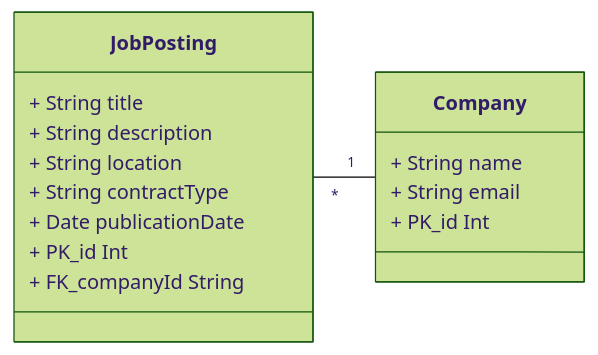
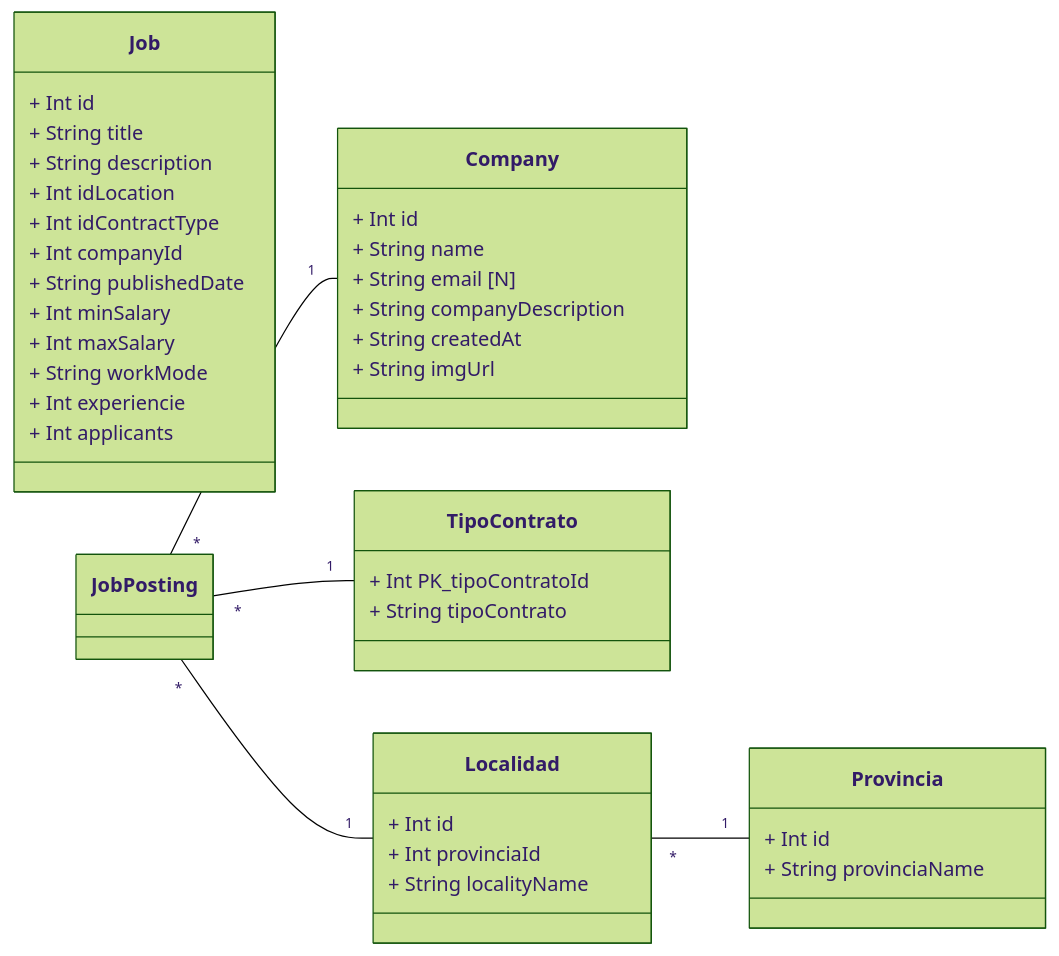
Before and after one commit to genarossi19/avisos-empleo-back: the diagram in ClassDiagram.mmd, drawn with Mermaid (forest theme).

Commit message:
cambios en el diagrama

```diff
--- a/ClassDiagram.mmd
+++ b/ClassDiagram.mmd
@@ -1,33 +1,70 @@
 classDiagram
 
 direction LR
 
-class JobPosting {
+class Job {
+
++ Int id  
 
 + String title
 
 + String description
 
-+ String location
++ Int idLocation
 
-+ String contractType
++ Int  idContractType
 
-+ Date publicationDate
++ Int companyId 
 
-+ PK_id Int
++ String publishedDate
 
-+ FK_companyId String
++ Int minSalary
+
++ Int maxSalary
+
++ String workMode
+
++ Int experiencie
+
++ Int applicants
 
 }
 
 class Company {
 
++ Int id
+
 + String name
 
-+ String email
++ String email [N]
 
-+ PK_id Int
++ String companyDescription
+
++ String createdAt
+
++ String imgUrl
+
 
 }
 
+class TipoContrato{
+    + Int PK_tipoContratoId
+    + String tipoContrato
+}
+
+class Localidad{
+    + Int id
+    + Int provinciaId
+    + String localityName
+}
+
+class Provincia{
+    
+    + Int id
+    + String provinciaName
+}
+
 JobPosting "*" -- "1" Company
+JobPosting "*" -- "1" TipoContrato
+JobPosting "*" -- "1" Localidad
+Localidad "*" -- "1" Provincia
```
